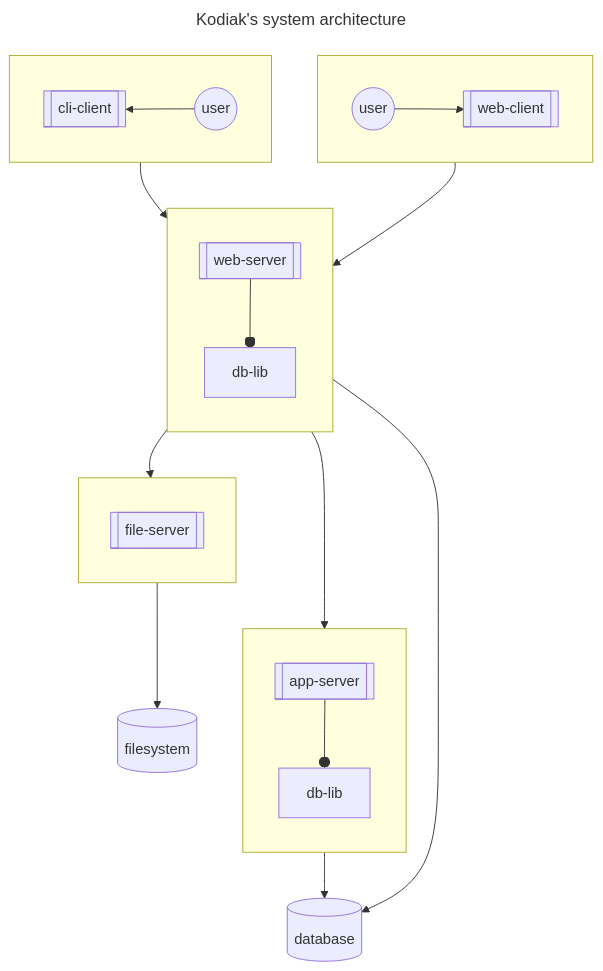
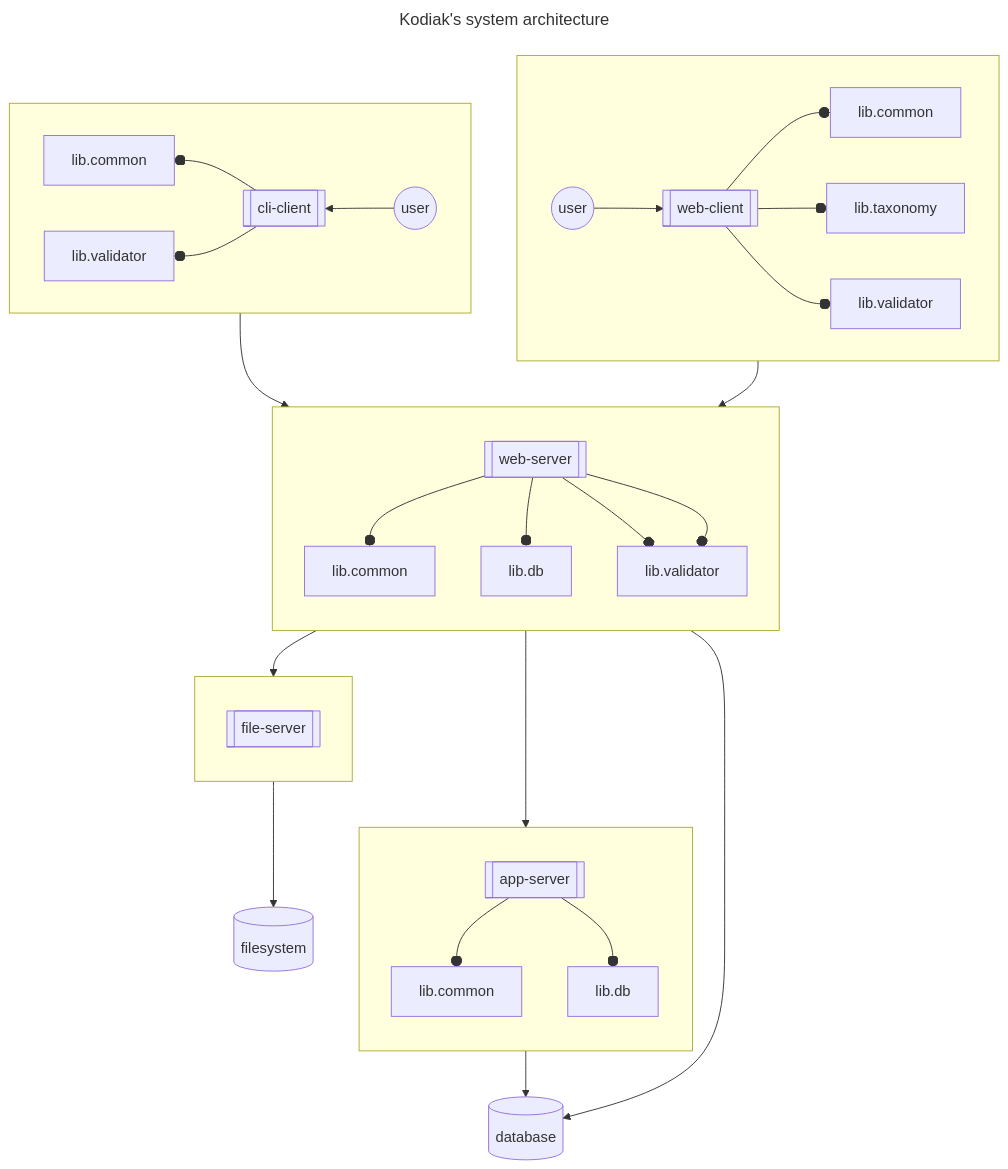
The diagram in SYSTEM-ARCHITECTURE.md (polarlabs/kodiak-diagrams), drawn with Mermaid before and after one commit. The commit also changed other lines of this file, not shown here.

````diff
--- a/SYSTEM-ARCHITECTURE.md
+++ b/SYSTEM-ARCHITECTURE.md
@@ -5,36 +5,44 @@
 ```mermaid
 ---
 title: Kodiak's system architecture
 ---
 flowchart TB
   direction TB
   subgraph user-web[ ]
     direction LR
     web-user((user)) --> web-client[[web-client]]
+    web-client --o web-client.lib.common[lib.common]
+    web-client --o web-client.lib.taxonomy[lib.taxonomy]
+    web-client --o web-client.lib.validator[lib.validator]
   end
   subgraph user-cli[ ]
     direction RL
     cli-user((user)) --> cli-client[[cli-client]]
+    cli-client --o cli-client.lib.common[lib.common]
+    cli-client --o cli-client.lib.validator[lib.validator]
   end
   subgraph file-server[ ]
     direction TB
-    file-server.pro[[file-server]]
+    file-server.api[[file-server]]
   end
   subgraph web-server[ ]
     direction TB
-    web-server.pro[[web-server]] --o web-server.db-lib[db-lib]
+    web-server.api[[web-server]] --o web-server.lib.common[lib.common]
+    web-server.api[[web-server]] --o web-server.lib.db[lib.db]
+    web-server.api[[web-server]] --o web-server.lib.taxonomy[lib.taxonomy]
+    web-server.api[[web-server]] --o web-server.lib.taxonomy[lib.validator]
   end
   subgraph app-server[ ]
     direction TB
-    app-server.pro[[app-server]] --o app-server.db-lib[db-lib]
+    app-server.api[[app-server]] --o app-server.lib.common[lib.common]
+    app-server.api[[app-server]] --o app-server.lib.db[lib.db]
   end
-  file-server ~~~ web-server
-  web-client --> web-server.pro
-  cli-client --> web-server.pro
-  web-server.pro --> file-server.pro
-  web-server.pro --> app-server.pro
+  web-client --> web-server.api
+  cli-client --> web-server.api
+  web-server.api --> file-server.api
+  web-server.api --> app-server.api
   file-server --> filesystem[(filesystem)]
   web-server --> database[(database)]
   app-server --> database[(database)]
   filesystem ~~~ database
 ```
````
